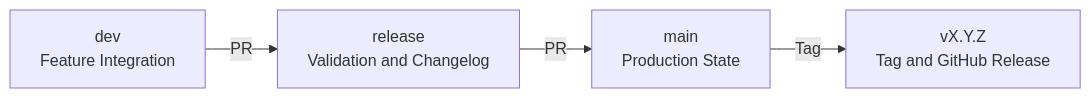
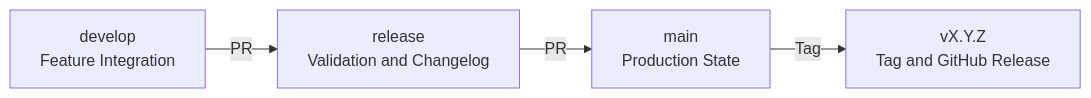
Before and after one commit to AigoraCorporation/aigora: the diagram in docs/06-engineering/workflow/release-workflow.md, drawn with Mermaid. The commit also changed other lines of this file and 5 other files, not shown here.

````diff
--- a/docs/06-engineering/workflow/release-workflow.md
+++ b/docs/06-engineering/workflow/release-workflow.md
@@ -36,11 +36,11 @@
 ```mermaid
 flowchart LR
-    dev["dev<br/>Feature Integration"]
+    develop["develop<br/>Feature Integration"]
     release["release<br/>Validation and Changelog"]
     main["main<br/>Production State"]
     tag["vX.Y.Z<br/>Tag and GitHub Release"]
 
-    dev -->|PR| release
+    develop -->|PR| release
     release -->|PR| main
     main -->|Tag| tag
 ```
````
